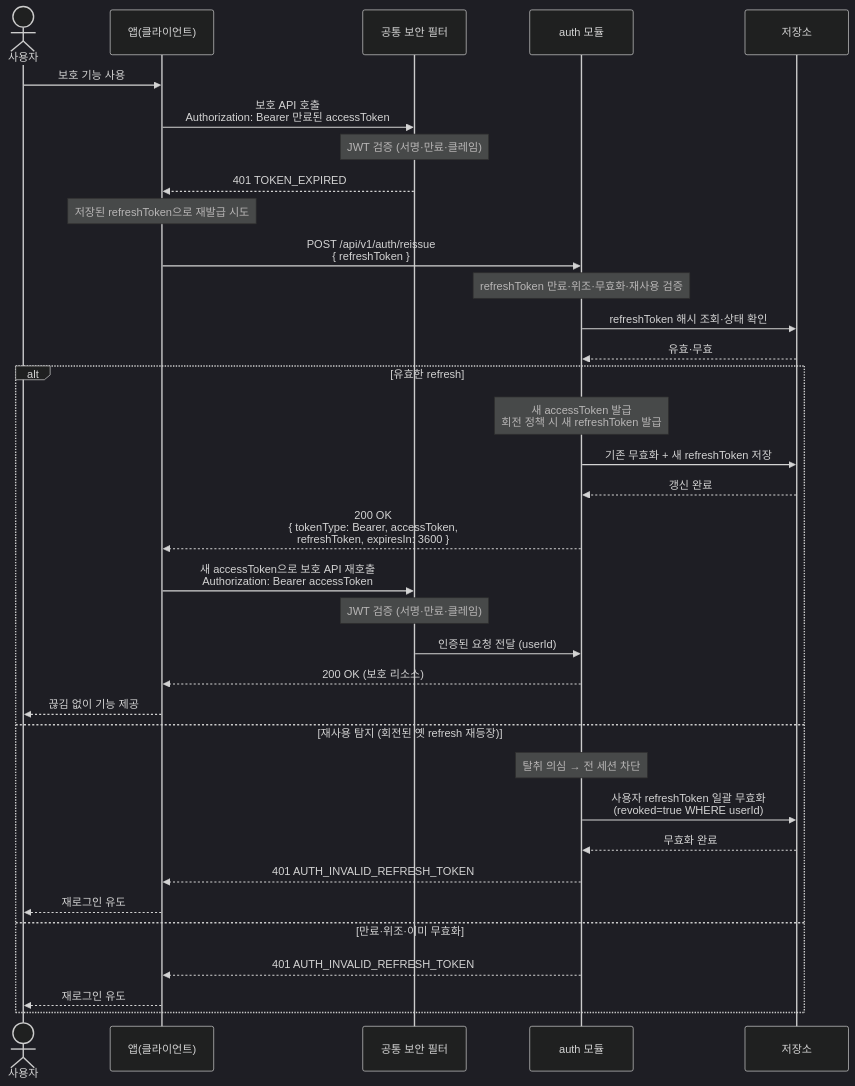
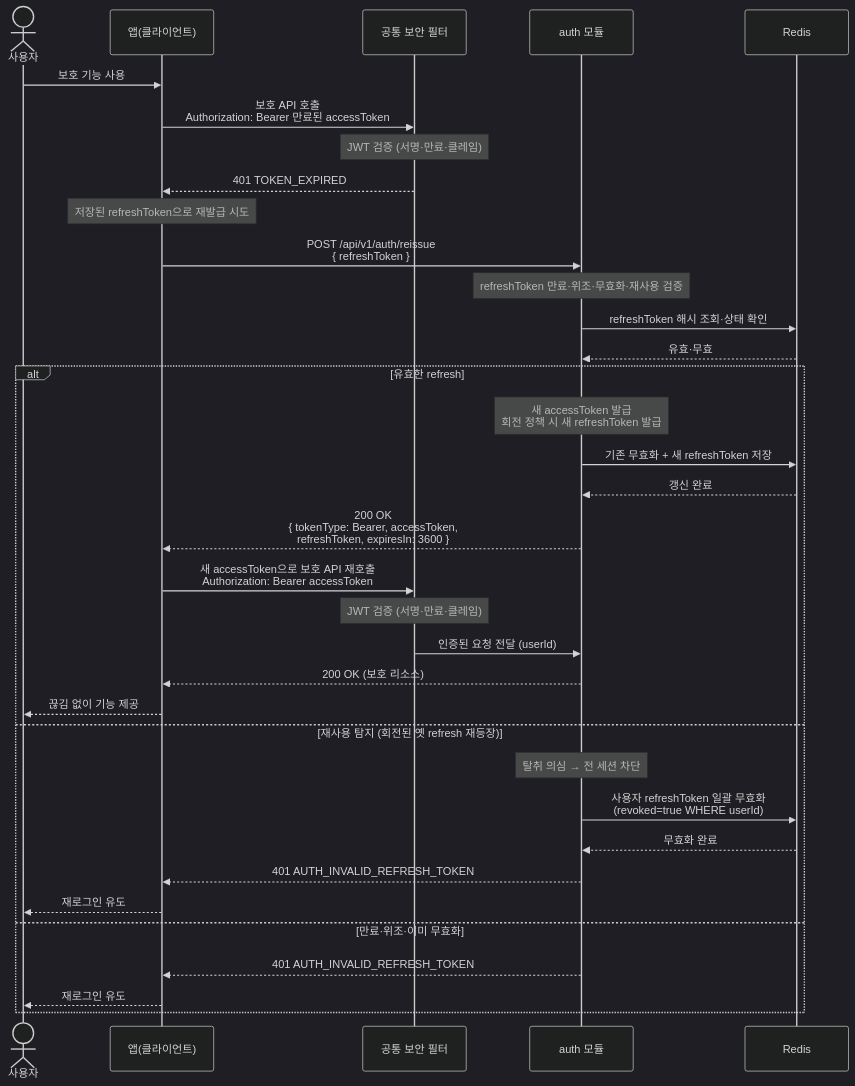
The diagram in docs/architecture/sequence-diagrams/01-auth-onboarding/us-1-3-token-reissue.md (jameskim9509/Kohere-backend), drawn with Mermaid (dark theme) before and after one commit. The commit also changed other lines of this file and 28 other files, not shown here.

First line of the commit message:
docs(architecture): 시퀀스 다이어그램에 폴리글랏 저장소 반영 (#24)

````diff
--- a/docs/architecture/sequence-diagrams/01-auth-onboarding/us-1-3-token-reissue.md
+++ b/docs/architecture/sequence-diagrams/01-auth-onboarding/us-1-3-token-reissue.md
@@ -5,38 +5,38 @@
 ```mermaid
 sequenceDiagram
     actor U as 사용자
     participant C as 앱(클라이언트)
     participant SEC as 공통 보안 필터
     participant AUTH as auth 모듈
-    participant DB as 저장소
+    participant DB as Redis
 
     U->>C: 보호 기능 사용
     C->>SEC: 보호 API 호출<br/>Authorization: Bearer 만료된 accessToken
     Note over SEC: JWT 검증 (서명·만료·클레임)
     SEC-->>C: 401 TOKEN_EXPIRED
     Note over C: 저장된 refreshToken으로 재발급 시도
     C->>AUTH: POST /api/v1/auth/reissue<br/>{ refreshToken }
     Note over AUTH: refreshToken 만료·위조·무효화·재사용 검증
     AUTH->>DB: refreshToken 해시 조회·상태 확인
     DB-->>AUTH: 유효·무효
     alt 유효한 refresh
         Note over AUTH: 새 accessToken 발급<br/>회전 정책 시 새 refreshToken 발급
         AUTH->>DB: 기존 무효화 + 새 refreshToken 저장
         DB-->>AUTH: 갱신 완료
         AUTH-->>C: 200 OK<br/>{ tokenType: Bearer, accessToken,<br/>refreshToken, expiresIn: 3600 }
         C->>SEC: 새 accessToken으로 보호 API 재호출<br/>Authorization: Bearer accessToken
         Note over SEC: JWT 검증 (서명·만료·클레임)
         SEC->>AUTH: 인증된 요청 전달 (userId)
         AUTH-->>C: 200 OK (보호 리소스)
         C-->>U: 끊김 없이 기능 제공
     else 재사용 탐지 (회전된 옛 refresh 재등장)
         Note over AUTH: 탈취 의심 → 전 세션 차단
         AUTH->>DB: 사용자 refreshToken 일괄 무효화<br/>(revoked=true WHERE userId)
         DB-->>AUTH: 무효화 완료
         AUTH-->>C: 401 AUTH_INVALID_REFRESH_TOKEN
         C-->>U: 재로그인 유도
     else 만료·위조·이미 무효화
         AUTH-->>C: 401 AUTH_INVALID_REFRESH_TOKEN
         C-->>U: 재로그인 유도
     end
 ```
````
